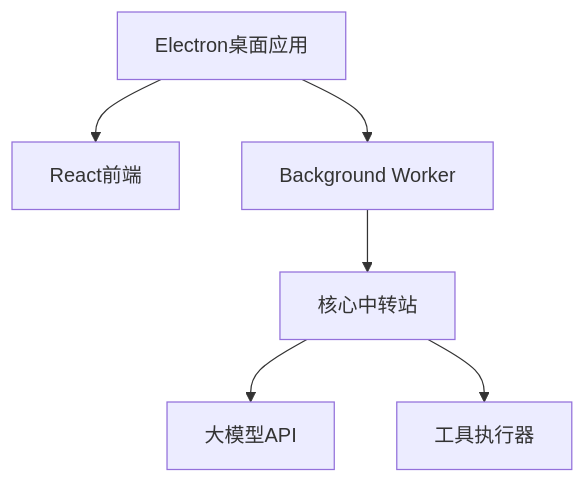
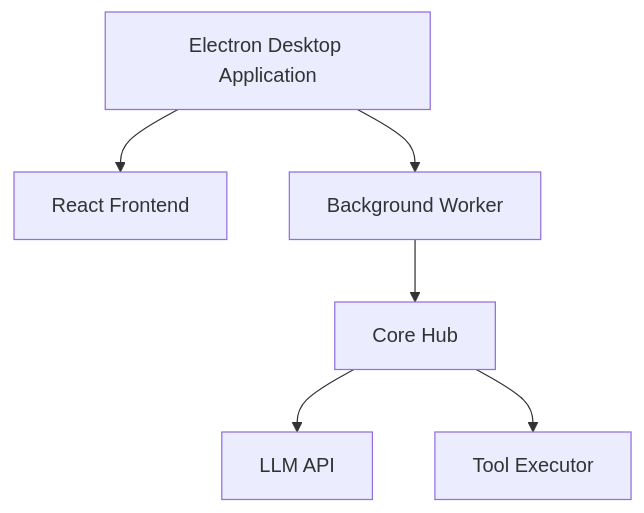
One commit to waht41/auto_machine changed the diagram in readme.md. Above: the diagram before and after it, drawn with Mermaid. The commit also changed other lines of this file and 1 other file, not shown here.

````diff
--- a/readme.md
+++ b/readme.md
@@ -36,8 +39,8 @@
 ```mermaid
 graph TD
-    A[Electron桌面应用] --> B[React前端]
+    A[Electron Desktop Application] --> B[React Frontend]
     A --> C[Background Worker]
-    C --> D[核心中转站]
-    D --> E[大模型API]
-    D --> F[工具执行器]
+    C --> D[Core Hub]
+    D --> E[LLM API]
+    D --> F[Tool Executor]
 ```
````
